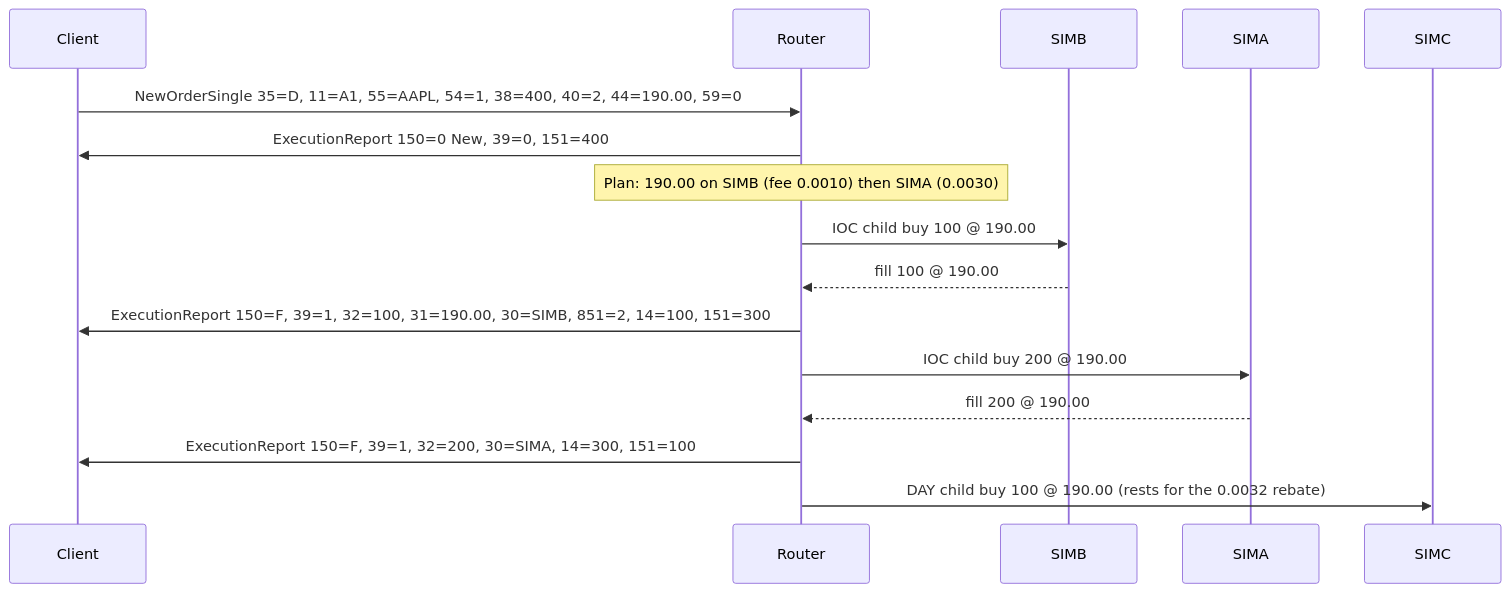
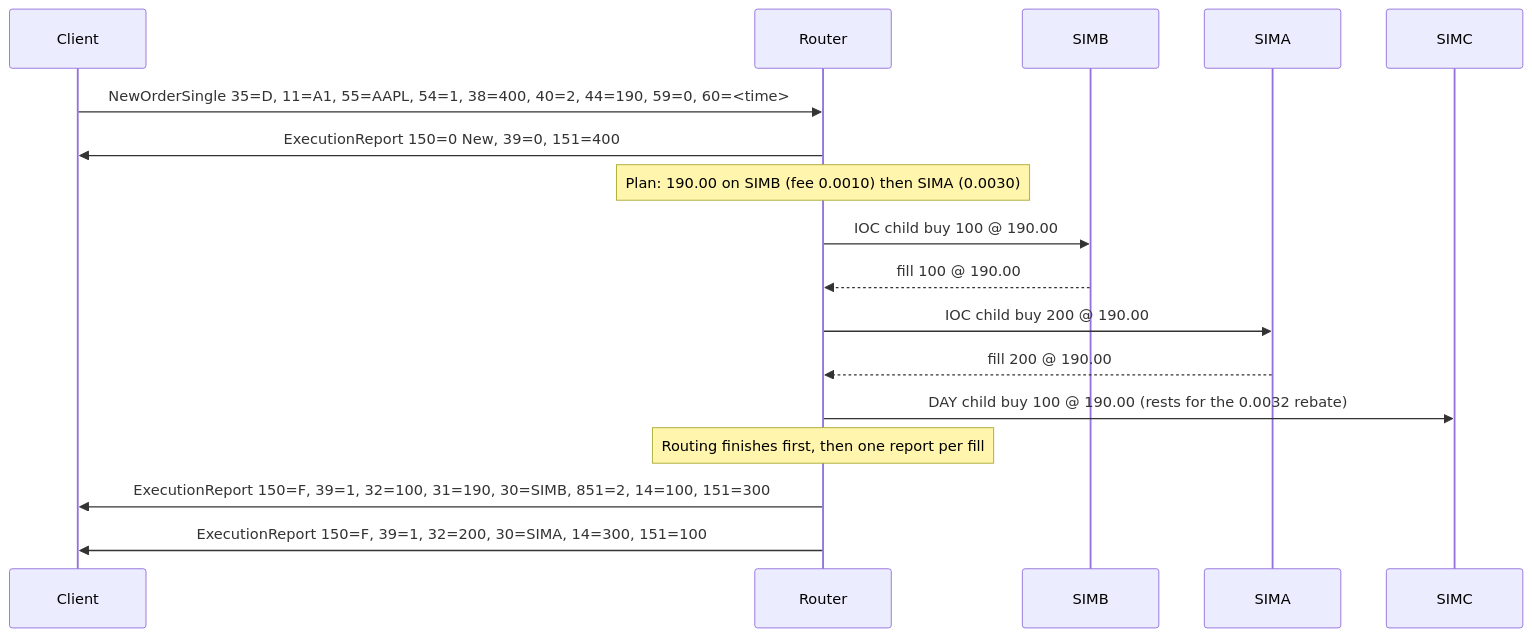
One commit to ravitvavilala/fix-order-simulator changed the second of 8 diagrams in docs/message-flows.md. Above: the diagram before and after it, drawn with Mermaid. The commit also changed other lines of this file and 19 other files, not shown here.

Commit message:
Fix issues found in review: report routing per client, session validation and gap recovery, framing, price and strike checks, docs

````diff
--- a/docs/message-flows.md
+++ b/docs/message-flows.md
@@ -26,18 +27,19 @@
 ```mermaid
 sequenceDiagram
     participant C as Client
     participant R as Router
     participant B as SIMB
     participant A as SIMA
     participant V as SIMC
-    C->>R: NewOrderSingle 35=D, 11=A1, 55=AAPL, 54=1, 38=400, 40=2, 44=190.00, 59=0
+    C->>R: NewOrderSingle 35=D, 11=A1, 55=AAPL, 54=1, 38=400, 40=2, 44=190, 59=0, 60=<time>
     R->>C: ExecutionReport 150=0 New, 39=0, 151=400
     Note over R: Plan: 190.00 on SIMB (fee 0.0010) then SIMA (0.0030)
     R->>B: IOC child buy 100 @ 190.00
     B-->>R: fill 100 @ 190.00
-    R->>C: ExecutionReport 150=F, 39=1, 32=100, 31=190.00, 30=SIMB, 851=2, 14=100, 151=300
     R->>A: IOC child buy 200 @ 190.00
     A-->>R: fill 200 @ 190.00
+    R->>V: DAY child buy 100 @ 190.00 (rests for the 0.0032 rebate)
+    Note over R: Routing finishes first, then one report per fill
+    R->>C: ExecutionReport 150=F, 39=1, 32=100, 31=190, 30=SIMB, 851=2, 14=100, 151=300
     R->>C: ExecutionReport 150=F, 39=1, 32=200, 30=SIMA, 14=300, 151=100
-    R->>V: DAY child buy 100 @ 190.00 (rests for the 0.0032 rebate)
 ```
````
